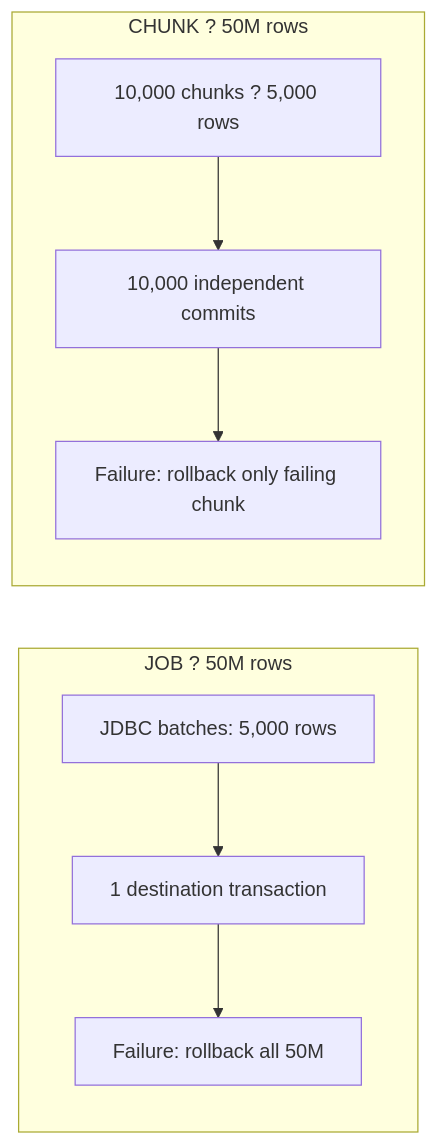
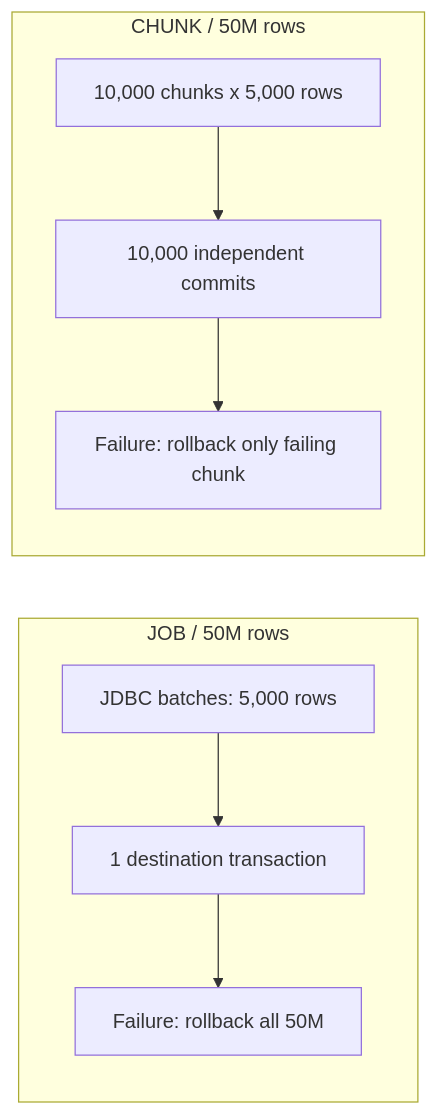
Before and after one commit to tibame201020/IrisPipe: the first of 3 diagrams in quarto/performance.qmd, drawn with Mermaid. The commit also changed other lines of this file and 8 other files, not shown here.

Commit message:
docs: clarify full benchmark methodology and charts

````diff
--- a/quarto/performance.qmd
+++ b/quarto/performance.qmd
@@ -61,9 +106,9 @@
 ```{mermaid}
 flowchart LR
-  subgraph JOB["JOB ? 50M rows"]
+  subgraph JOB["JOB / 50M rows"]
     J1["JDBC batches: 5,000 rows"] --> J2["1 destination transaction"] --> J3["Failure: rollback all 50M"]
   end
-  subgraph CHUNK["CHUNK ? 50M rows"]
-    C1["10,000 chunks ? 5,000 rows"] --> C2["10,000 independent commits"] --> C3["Failure: rollback only failing chunk"]
+  subgraph CHUNK["CHUNK / 50M rows"]
+    C1["10,000 chunks x 5,000 rows"] --> C2["10,000 independent commits"] --> C3["Failure: rollback only failing chunk"]
   end
 ```
````
